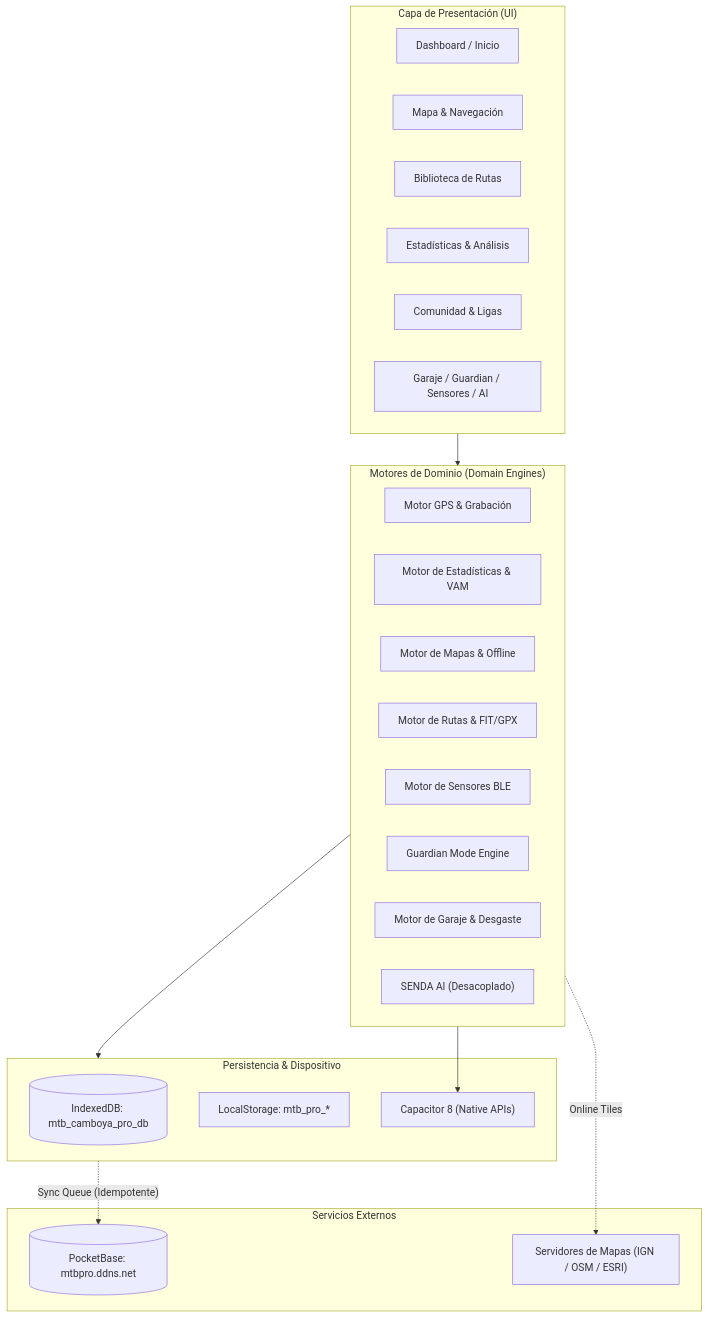
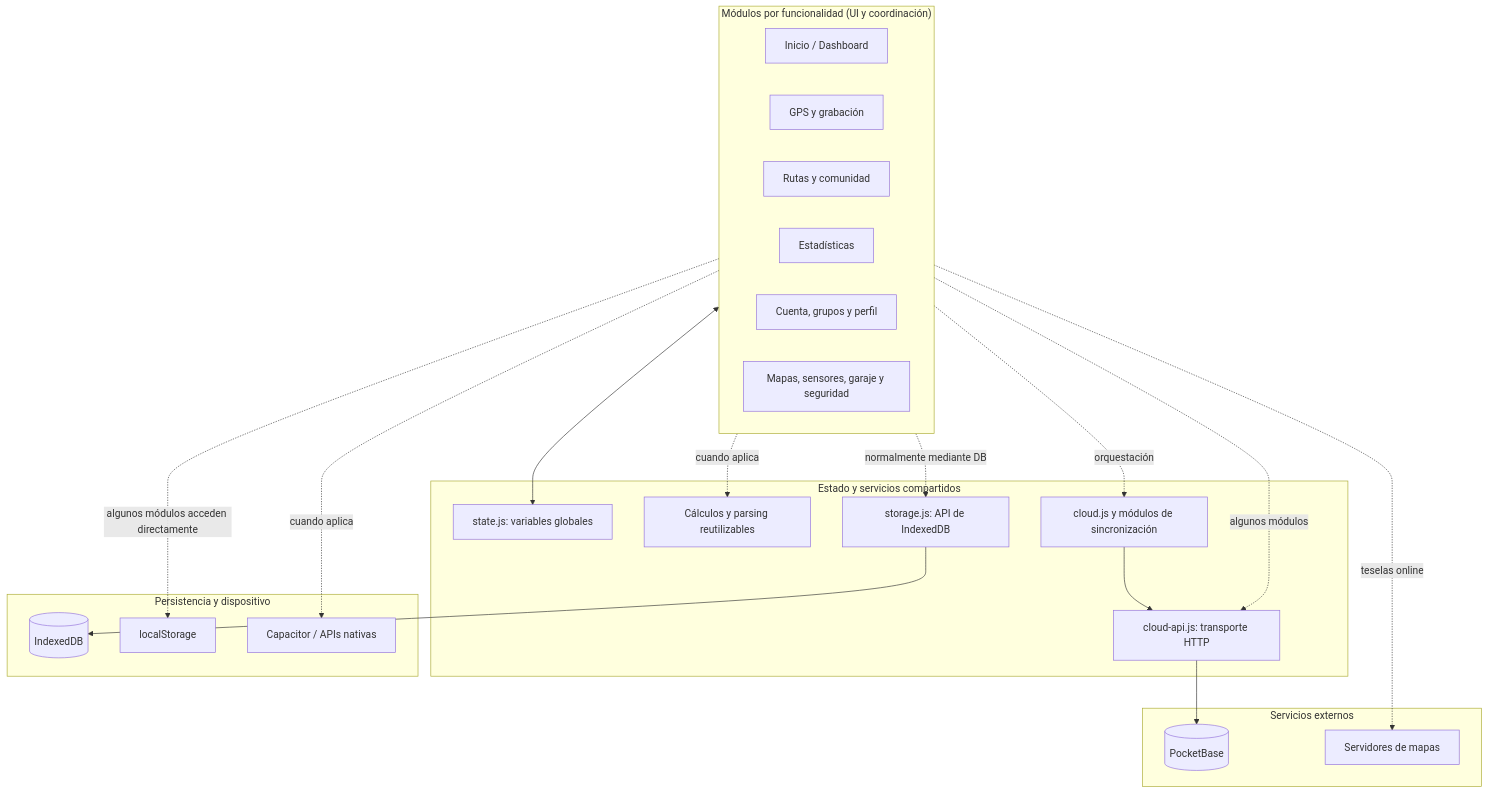
The diagram in ARCHITECTURE.md (emiliopousada-svg/senda-mtb), drawn with Mermaid before and after one commit. The commit also changed other lines of this file and 1 other file, not shown here.

Commit message:
docs: align architecture and data model with code

````diff
--- a/ARCHITECTURE.md
+++ b/ARCHITECTURE.md
@@ -18,39 +16,39 @@
 ```mermaid
 flowchart TD
-    subgraph UI ["Capa de Presentación (UI)"]
-        Dashboard["Dashboard / Inicio"]
-        MapScreen["Mapa & Navegación"]
-        RoutesScreen["Biblioteca de Rutas"]
-        StatsScreen["Estadísticas & Análisis"]
-        CommunityScreen["Comunidad & Ligas"]
-        SubScreens["Garaje / Guardian / Sensores / AI"]
+    subgraph Features ["Módulos por funcionalidad (UI y coordinación)"]
+        Dashboard["Inicio / Dashboard"]
+        Recording["GPS y grabación"]
+        Routes["Rutas y comunidad"]
+        Stats["Estadísticas"]
+        Account["Cuenta, grupos y perfil"]
+        Tools["Mapas, sensores, garaje y seguridad"]
     end
 
-    subgraph Domain ["Motores de Dominio (Domain Engines)"]
-        GpsEngine["Motor GPS & Grabación"]
-        StatsEngine["Motor de Estadísticas & VAM"]
-        MapEngine["Motor de Mapas & Offline"]
-        RouteEngine["Motor de Rutas & FIT/GPX"]
-        SensorsEngine["Motor de Sensores BLE"]
-        SafetyEngine["Guardian Mode Engine"]
-        GarageEngine["Motor de Garaje & Desgaste"]
-        AiEngine["SENDA AI (Desacoplado)"]
+    subgraph Shared ["Estado y servicios compartidos"]
+        State["state.js: variables globales"]
+        Pure["Cálculos y parsing reutilizables"]
+        StorageRepo["storage.js: API de IndexedDB"]
+        CloudSync["cloud.js y módulos de sincronización"]
+        CloudApi["cloud-api.js: transporte HTTP"]
     end
 
-    subgraph Persistence ["Persistencia & Dispositivo"]
-        IndexedDB[("IndexedDB: mtb_camboya_pro_db")]
-        LocalStorage["LocalStorage: mtb_pro_*"]
-        Capacitor["Capacitor 8 (Native APIs)"]
+    subgraph Persistence ["Persistencia y dispositivo"]
+        IndexedDB[("IndexedDB")]
+        LocalStorage["localStorage"]
+        Capacitor["Capacitor / APIs nativas"]
     end
 
-    subgraph Network ["Servicios Externos"]
-        PocketBase[("PocketBase: mtbpro.ddns.net")]
-        MapServers["Servidores de Mapas (IGN / OSM / ESRI)"]
+    subgraph Network ["Servicios externos"]
+        PocketBase[("PocketBase")]
+        MapServers["Servidores de mapas"]
     end
 
-    UI --> Domain
-    Domain --> Persistence
-    Domain --> Capacitor
-    Persistence -.->|"Sync Queue (Idempotente)"| PocketBase
-    Domain -.->|"Online Tiles"| MapServers
+    Features <--> State
+    Features -.->|"cuando aplica"| Pure
+    Features -.->|"normalmente mediante DB"| StorageRepo --> IndexedDB
+    Features -.->|"algunos módulos acceden directamente"| LocalStorage
+    Features -.->|"orquestación"| CloudSync --> CloudApi --> PocketBase
+    Features -.->|"algunos módulos"| CloudApi
+    Features -.->|"cuando aplica"| Capacitor
+    Features -.->|"teselas online"| MapServers
 ```
````
